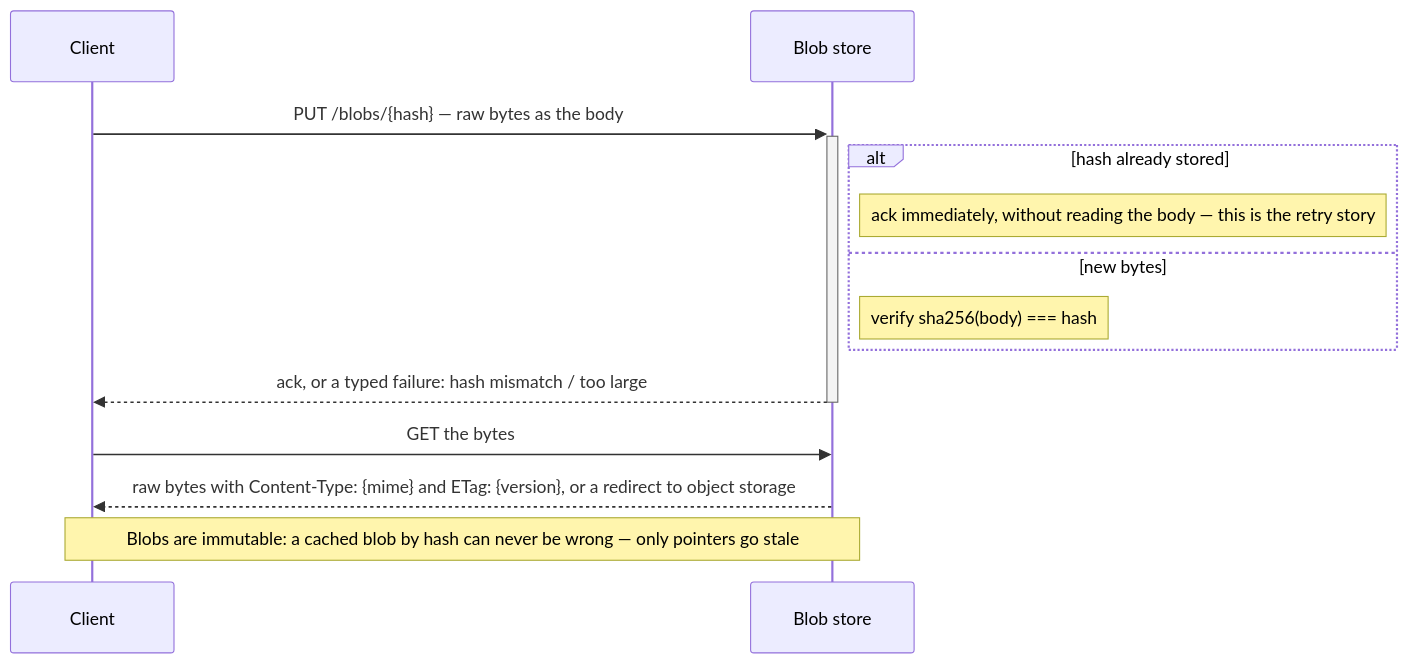
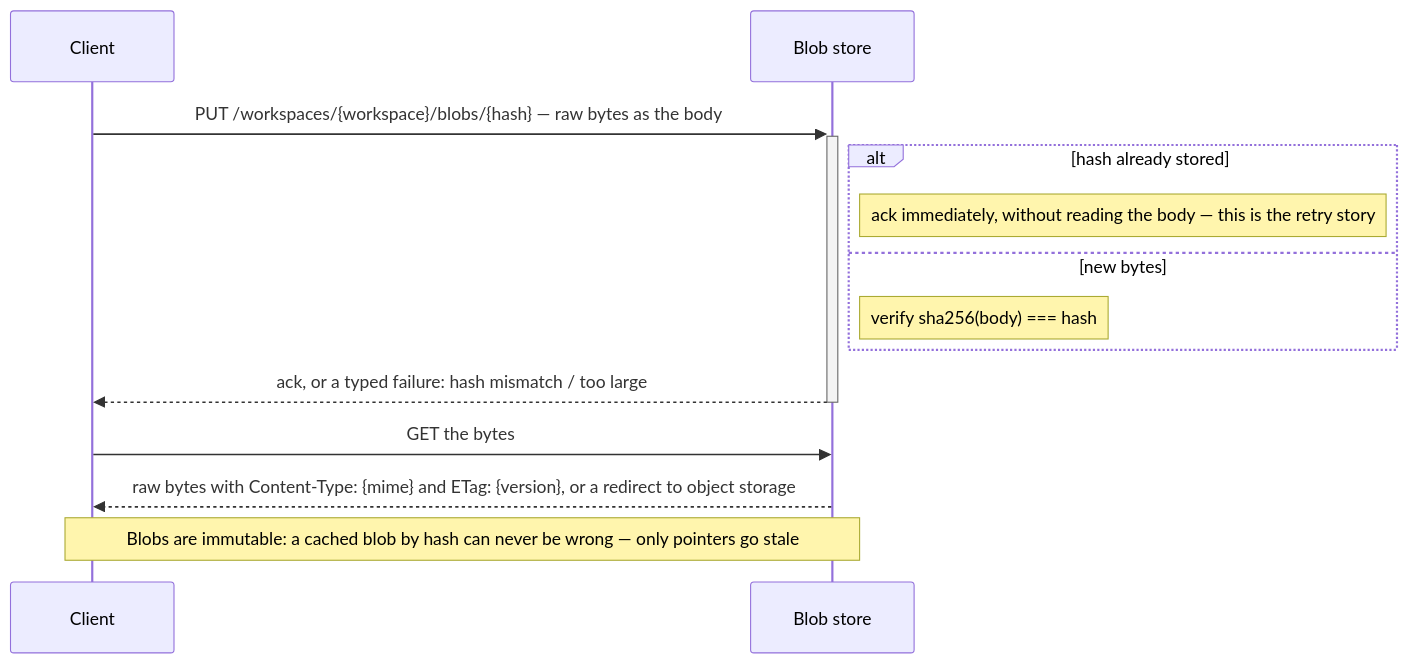
Diagram 17 of 18 in docs/ARCHITECTURE.md (pmalacho-mit/wsfs_suede), drawn with Mermaid before and after one commit. The commit also changed other lines of this file and 20 other files, not shown here.

````diff
--- a/docs/ARCHITECTURE.md
+++ b/docs/ARCHITECTURE.md
@@ -867,15 +884,15 @@
 ```mermaid
 sequenceDiagram
     participant ClientSide as Client
     participant Blobs as Blob store
-    ClientSide->>+Blobs: PUT /blobs/{hash} — raw bytes as the body
+    ClientSide->>+Blobs: PUT /workspaces/{workspace}/blobs/{hash} — raw bytes as the body
     alt hash already stored
         Note right of Blobs: ack immediately, without reading the body — this is the retry story
     else new bytes
         Note right of Blobs: verify sha256(body) === hash
     end
     Blobs-->>-ClientSide: ack, or a typed failure: hash mismatch / too large
     ClientSide->>Blobs: GET the bytes
     Blobs-->>ClientSide: raw bytes with Content-Type: {mime} and ETag: {version}, or a redirect to object storage
     Note over ClientSide,Blobs: Blobs are immutable: a cached blob by hash can never be wrong — only pointers go stale
 ```
````
